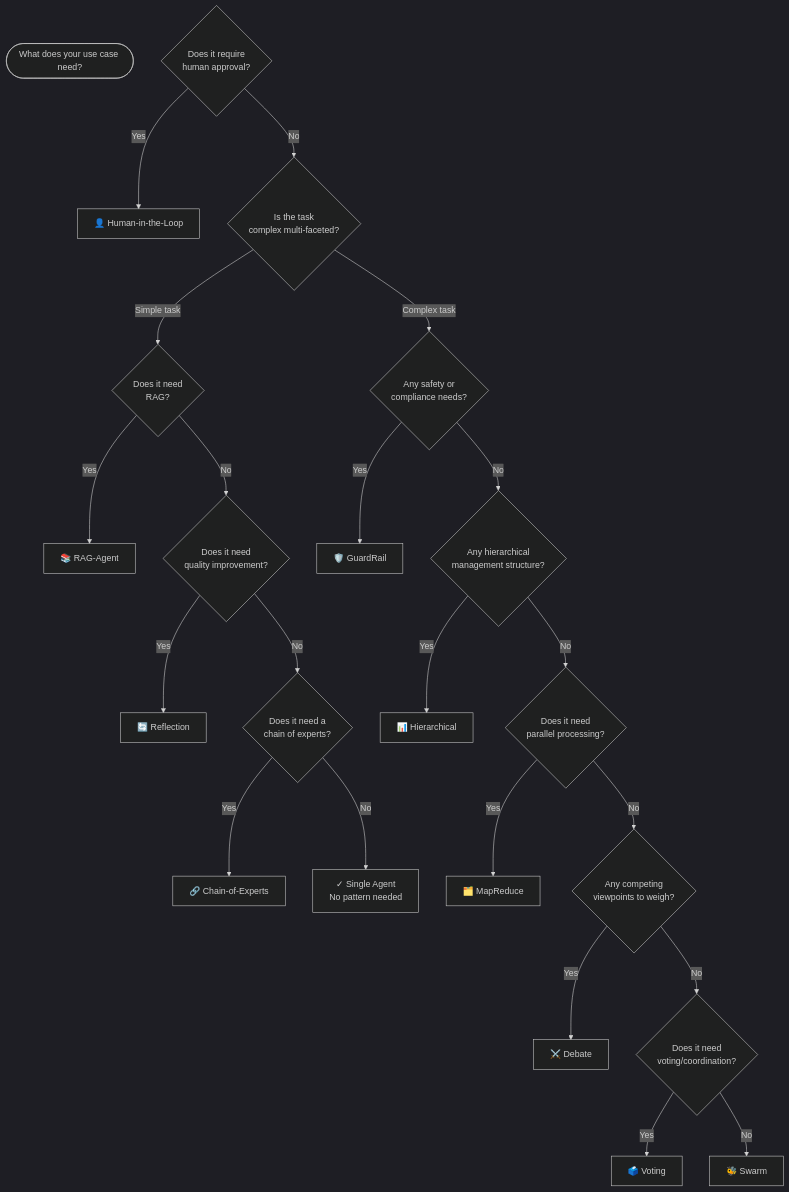
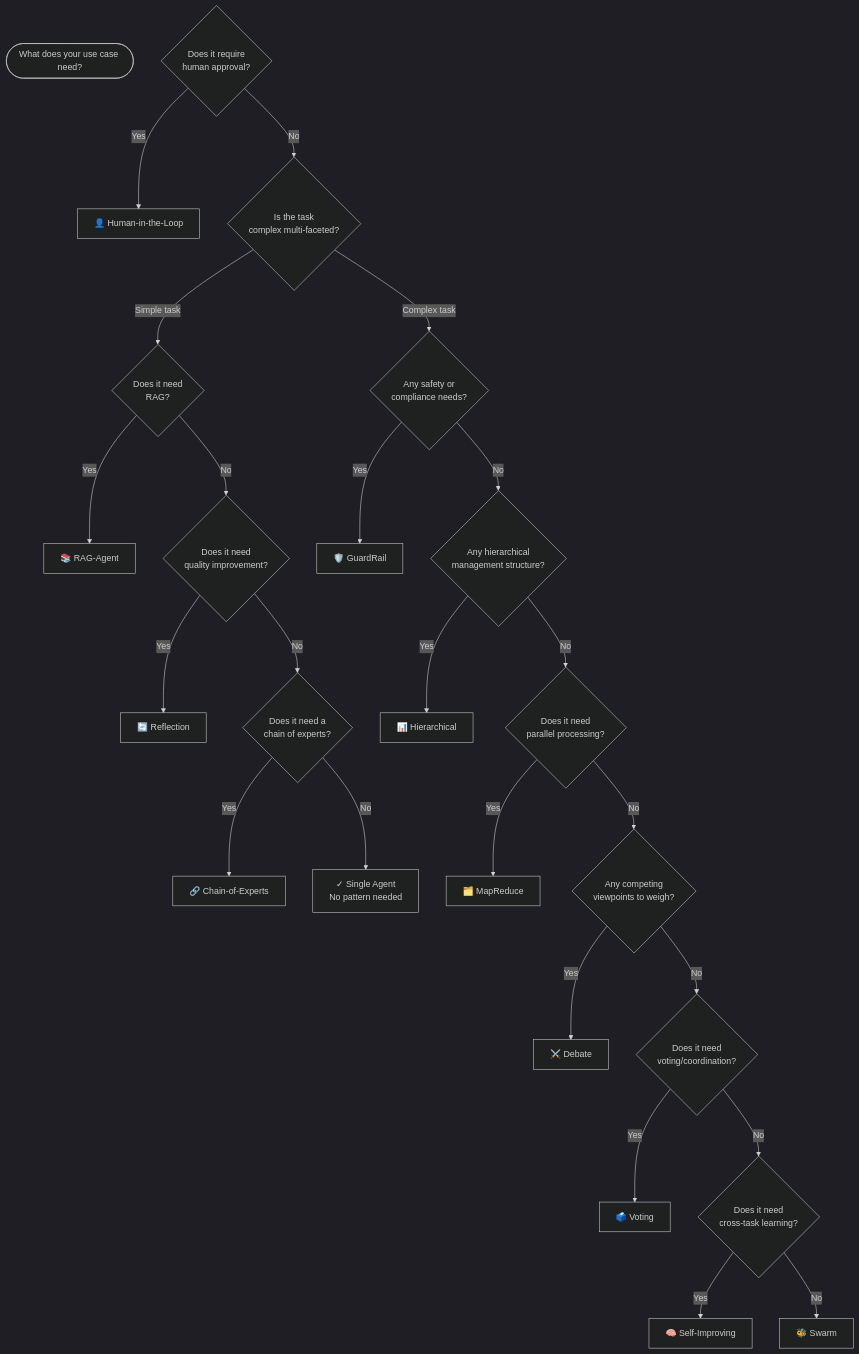
Before and after one commit to iuyup/AgentFlow: the diagram in web/docs/index.md, drawn with Mermaid (dark theme). The commit also changed other lines of this file and 2 other files, not shown here.

````diff
--- a/web/docs/index.md
+++ b/web/docs/index.md
@@ -146,50 +146,54 @@
 ```mermaid
 flowchart TD
     Start(["What does your use case need?"])
 
     Q1{Does it require<br/>human approval?}
     Q1-- Yes --> Hitl["👤 Human-in-the-Loop"]
     Q1-- No --> Q2{Is the task<br/>complex multi-faceted?}
 
     Q2-- Simple task --> Q3{Does it need<br/>RAG?}
     Q2-- Complex task --> Q4{Any safety or<br/>compliance needs?}
 
     Q3-- Yes --> RAG["📚 RAG-Agent"]
     Q3-- No --> Q5{Does it need<br/>quality improvement?}
 
     Q5-- Yes --> Refl["🔄 Reflection"]
     Q5-- No --> Q6{Does it need a<br/>chain of experts?}
 
     Q6-- Yes --> CoE["🔗 Chain-of-Experts"]
     Q6-- No --> Single["✓ Single Agent<br/>No pattern needed"]
 
     Q4-- Yes --> Guard["🛡️ GuardRail"]
     Q4-- No --> Q7{Any hierarchical<br/>management structure?}
 
     Q7-- Yes --> Hier["📊 Hierarchical"]
     Q7-- No --> Q8{Does it need<br/>parallel processing?}
 
     Q8-- Yes --> MR["🗂️ MapReduce"]
     Q8-- No --> Q9{Any competing<br/>viewpoints to weigh?}
 
     Q9-- Yes --> Deb["⚔️ Debate"]
     Q9-- No --> Q10{Does it need<br/>voting/coordination?}
 
     Q10-- Yes --> Vot["🗳️ Voting"]
-    Q10-- No --> Swarm["🐝 Swarm"]
+    Q10-- No --> Q11{Does it need<br/>cross-task learning?}
+
+    Q11-- Yes --> SI["🧠 Self-Improving"]
+    Q11-- No --> Swarm["🐝 Swarm"]
 
     class Start terminal
-    class Q1,Q2,Q3,Q4,Q5,Q6,Q7,Q8,Q9,Q10 decision
-    class Hitl,RAG,Refl,CoE,Single,Hier,MR,Deb,Vot,Swarm,Guard pattern
+    class Q1,Q2,Q3,Q4,Q5,Q6,Q7,Q8,Q9,Q10,Q11 decision
+    class Hitl,RAG,Refl,CoE,Single,Hier,MR,Deb,Vot,Swarm,Guard,SI pattern
 
     click Hitl href "/patterns/human_in_the_loop/"
     click RAG href "/patterns/rag_agent/"
     click Refl href "/patterns/reflection/"
     click CoE href "/patterns/chain_of_experts/"
     click Hier href "/patterns/hierarchical/"
     click MR href "/patterns/map_reduce/"
     click Deb href "/patterns/debate/"
     click Vot href "/patterns/voting/"
     click Swarm href "/patterns/swarm/"
     click Guard href "/patterns/guardrail/"
+    click SI href "/patterns/self_improving/"
 ```
````
